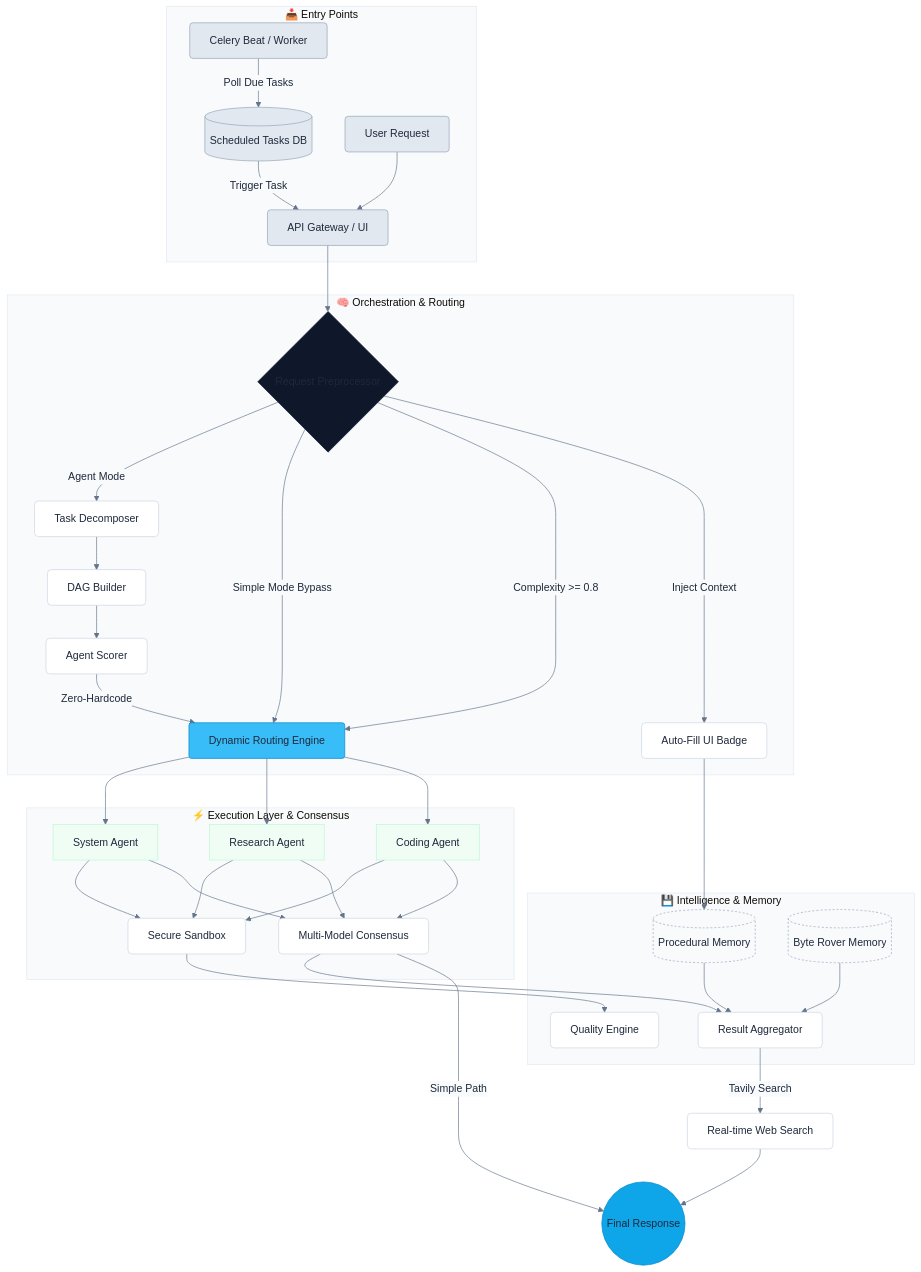
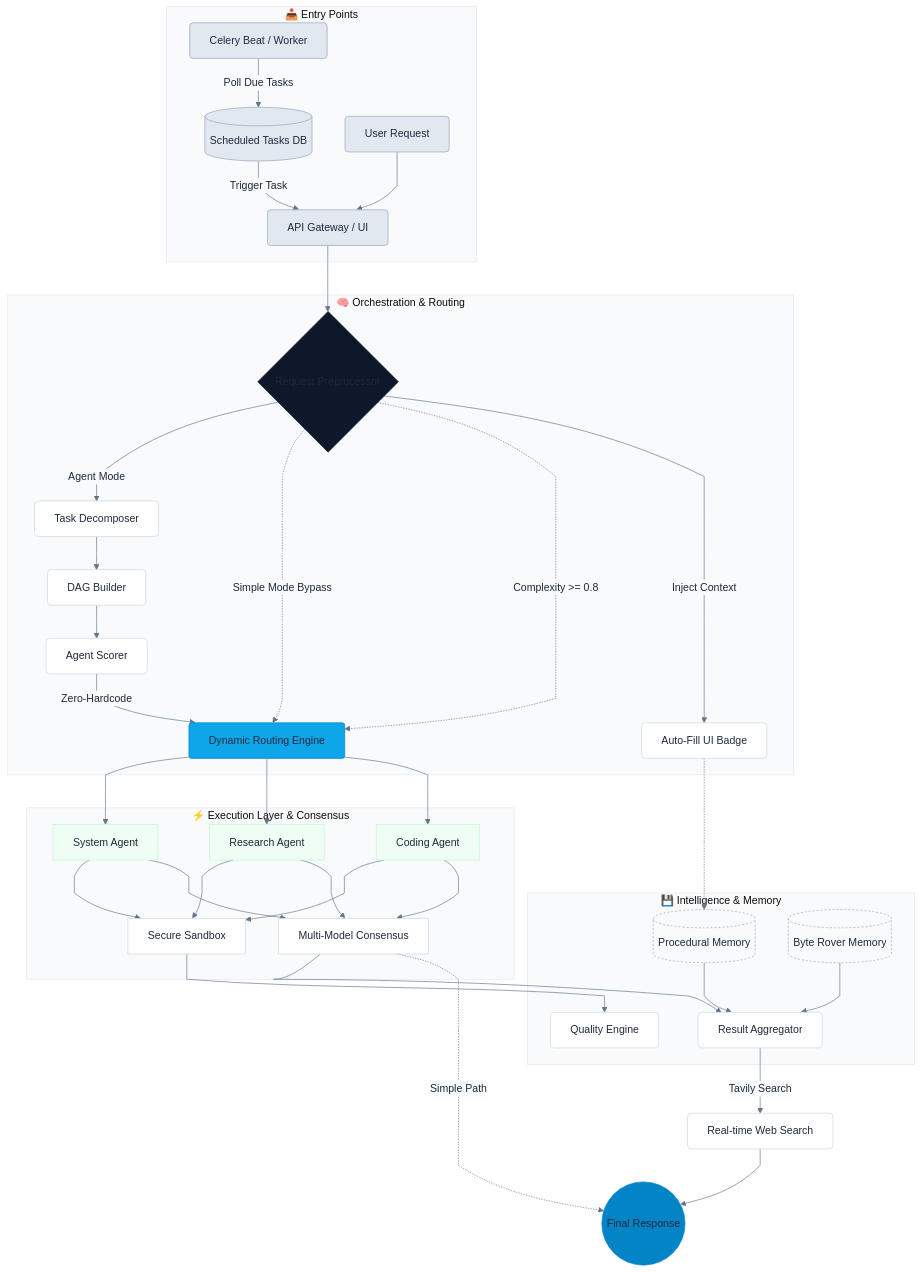
Before and after one commit to maztfajar/ai-super: the diagram in README.md, drawn with Mermaid.

Commit message:
refactor: update architecture diagram styling and layout in README.md

```diff
--- a/README.md
+++ b/README.md
@@ -86,47 +86,40 @@
     'lineColor': '#64748b',
     'secondaryColor': '#f8fafc',
     'tertiaryColor': '#f1f5f9'
-  }
+  },
+  'flowchart': { 'curve': 'monotoneX' }
 }}%%
 
 graph TB
-    %% Styling Global Toko / Node
+    %% Styling
     classDef entry fill:#e2e8f0,stroke:#94a3b8,stroke-width:1px,rx:5px,ry:5px;
     classDef process fill:#ffffff,stroke:#cbd5e1,stroke-width:1px,rx:6px,ry:6px;
     classDef router fill:#0f172a,textColor:#ffffff,stroke:#0f172a,stroke-width:1px,rx:4px,ry:4px;
-    classDef engine fill:#38bdf8,stroke:#0284c7,stroke-width:1px,rx:4px,ry:4px;
+    classDef engine fill:#0ea5e9,textColor:#ffffff,stroke:#0284c7,stroke-width:1px,rx:4px,ry:4px;
     classDef agent fill:#f0fdf4,stroke:#bbf7d0,textColor:#166534,stroke-width:1px;
     classDef db fill:#f8fafc,stroke:#94a3b8,stroke-dasharray: 3 3,rx:8px,ry:8px;
-    classDef output fill:#0ea5e9,textColor:#ffffff,stroke:#0284c7,stroke-width:1px,rx:20px;
+    classDef output fill:#0284c7,textColor:#ffffff,stroke:#0284c7,stroke-width:1px,rx:20px;
 
-    %% --- ENTRY POINTS LAYER ---
+    %% LAYERS
     subgraph EP ["📥 Entry Points"]
         CB[Celery Beat / Worker] -->|Poll Due Tasks| ST[(Scheduled Tasks DB)]
         ST -->|Trigger Task| AG[API Gateway / UI]
         UR[User Request] --> AG
     end
-    class CB,ST,UR,AG entry;
 
-    %% --- ORCHESTRATION & ROUTING ---
     subgraph OR ["🧠 Orchestration & Routing"]
         AG --> RP{Request Preprocessor}
         
-        %% Agent Mode Path
         RP -->|Agent Mode| TD[Task Decomposer]
         TD --> DB[DAG Builder]
         DB --> AS[Agent Scorer]
         AS -->|Zero-Hardcode| DR[Dynamic Routing Engine]
         
-        %% Simple Mode Path
-        RP -->|Simple Mode Bypass| DR
-        RP -->|Complexity >= 0.8| DR
+        RP -.->|Simple Mode Bypass| DR
+        RP -.->|Complexity >= 0.8| DR
         RP -->|Inject Context| AU[Auto-Fill UI Badge]
     end
-    class RP router;
-    class TD,DB,AS,AU process;
-    class DR engine;
 
-    %% --- EXECUTION LAYER & CONSENSUS ---
     subgraph EX ["⚡ Execution Layer & Consensus"]
         DR --> SA[System Agent]
         DR --> RA[Research Agent]
@@ -135,37 +128,35 @@
         SA & RA & CA --> SS[Secure Sandbox]
         SA & RA & CA --> MC[Multi-Model Consensus]
     end
-    class SA,RA,CA agent;
-    class SS,MC process;
 
-    %% --- INTELLIGENCE & MEMORY ---
     subgraph IM ["💾 Intelligence & Memory"]
         QE[Quality Engine]
         RAg[Result Aggregator]
-        
         PM[(Procedural Memory)]
         BRM[(Byte Rover Memory)]
     end
-    class QE,RAg process;
-    class PM,BRM db;
 
-    %% --- ALUR INTER-LAYER ---
+    %% INTER-CONNECTIONS (Disesuaikan agar panah tidak tumpang tindih)
+    AU -.-> PM
     SS --> QE
     MC --> RAg
-    AU --> PM
     
     PM --> RAg
     BRM --> RAg
     
-    %% --- OUTPUT LAYER ---
     RAg -->|Tavily Search| RWS[Real-time Web Search]
     RWS --> FR((Final Response))
-    MC -->|Simple Path| FR
-    
-    class RWS process;
+    MC -.->|Simple Path| FR
+
+    %% Class Assign
+    class CB,ST,UR,AG entry;
+    class RP router;
+    class TD,DB,AS,AU,QE,RAg,RWS process;
+    class DR engine;
+    class SA,RA,CA agent;
+    class PM,BRM db;
     class FR output;
 
-    %% Layout Adjustment
     style EP fill:#f8fafc,stroke:#e2e8f0,stroke-width:1px;
     style OR fill:#f8fafc,stroke:#e2e8f0,stroke-width:1px;
     style EX fill:#f8fafc,stroke:#e2e8f0,stroke-width:1px;
```
